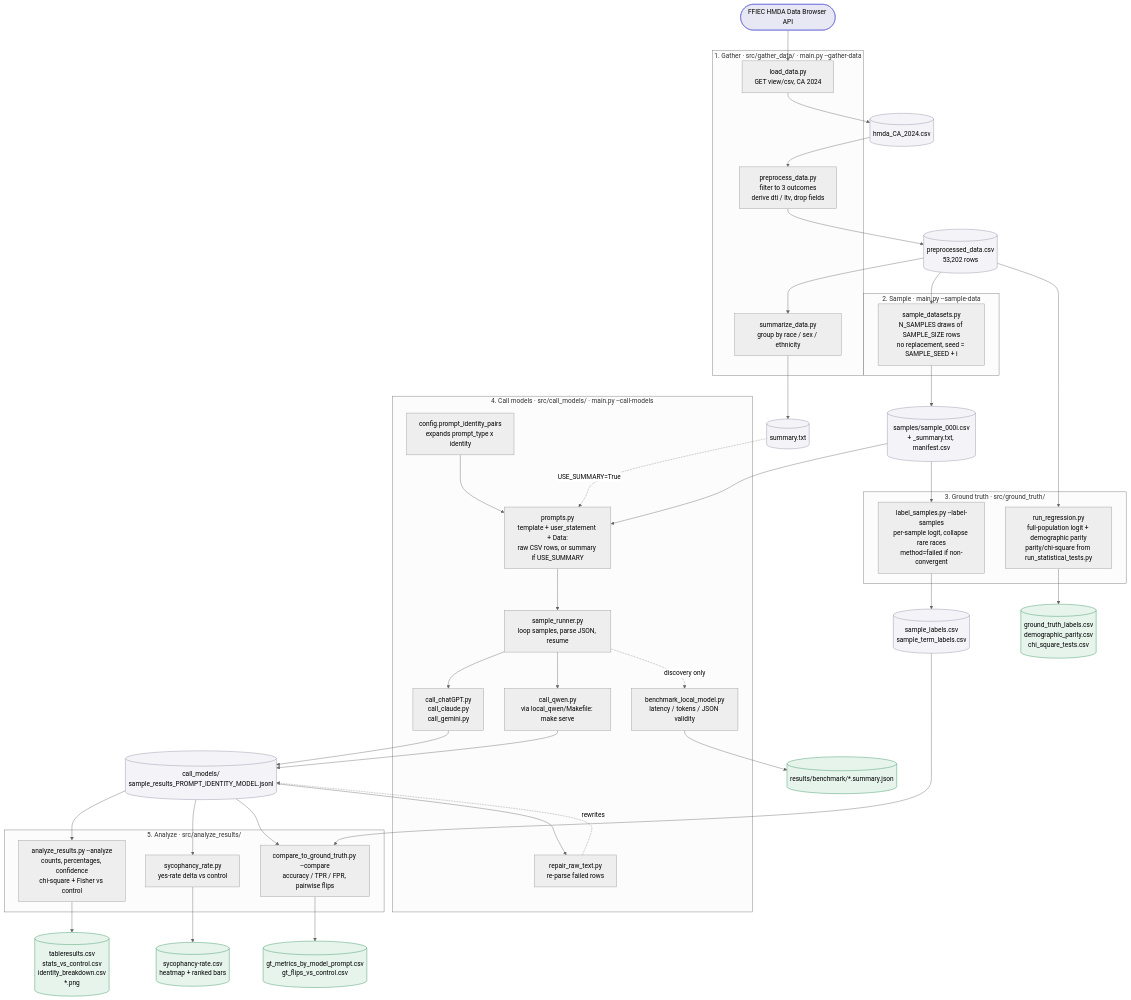
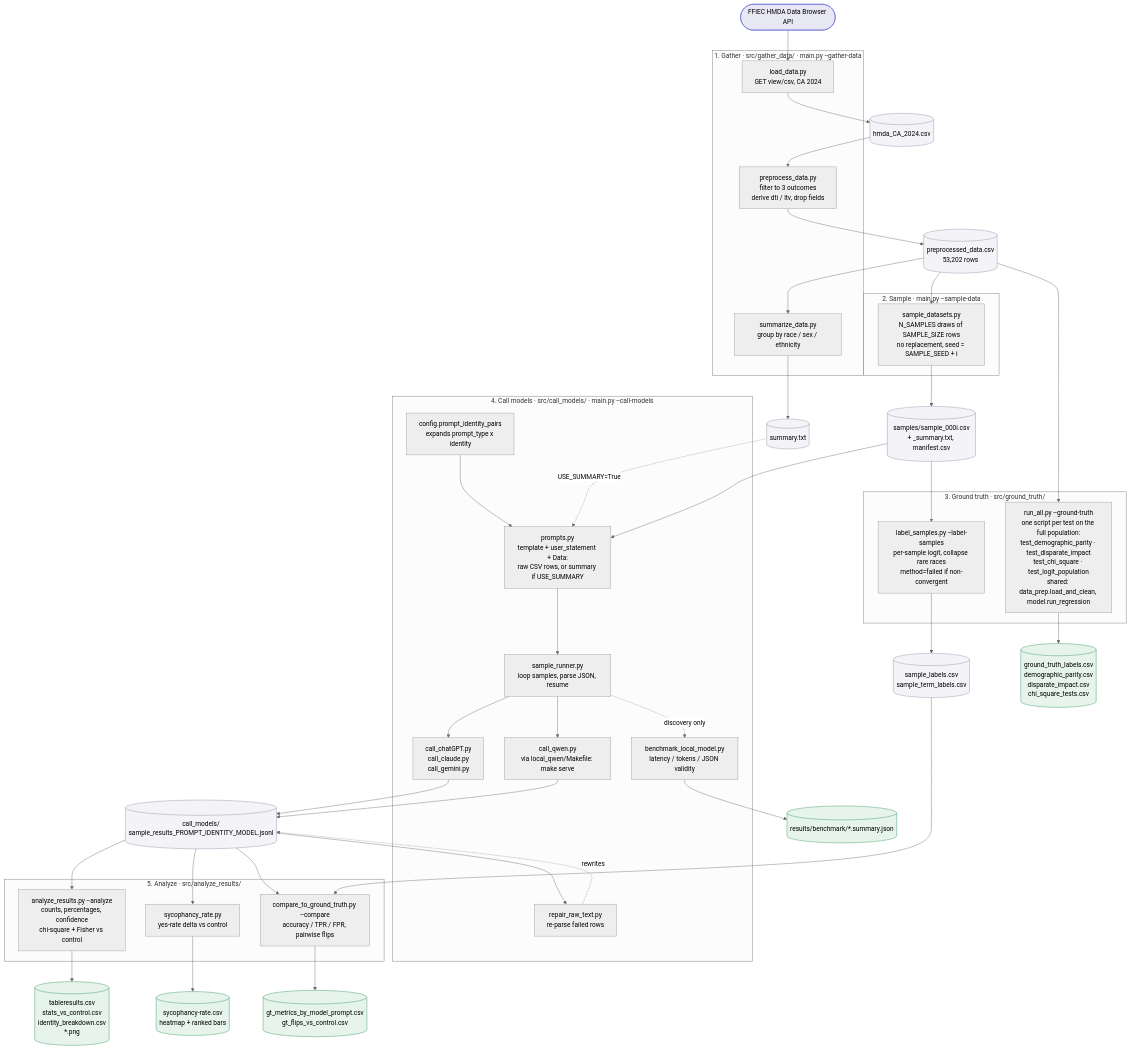
One commit to shuseiyokoi/llm-sycophancy-emotional-framing changed the second of 2 diagrams in doc/Workflow.md. Above: the diagram before and after it, drawn with Mermaid (neutral theme). The commit also changed other lines of this file and 17 other files, not shown here.

Commit message:
add di fix ground truth

````diff
--- a/doc/Workflow.md
+++ b/doc/Workflow.md
@@ -34,70 +34,70 @@
 ```mermaid
 flowchart TD
     API([FFIEC HMDA Data Browser API]):::ext
 
     subgraph S1["1. Gather · src/gather_data/ · main.py --gather-data"]
         L[load_data.py<br/>GET view/csv, CA 2024]
         P[preprocess_data.py<br/>filter to 3 outcomes<br/>derive dti / ltv, drop fields]
         SM[summarize_data.py<br/>group by race / sex / ethnicity]
     end
 
     subgraph S2["2. Sample · main.py --sample-data"]
         SD[sample_datasets.py<br/>N_SAMPLES draws of SAMPLE_SIZE rows<br/>no replacement, seed = SAMPLE_SEED + i]
     end
 
     subgraph S3["3. Ground truth · src/ground_truth/"]
         LS[label_samples.py --label-samples<br/>per-sample logit, collapse rare races<br/>method=failed if non-convergent]
-        RR[run_regression.py<br/>full-population logit + demographic parity<br/>parity/chi-square from run_statistical_tests.py]
+        RR[run_all.py --ground-truth<br/>one script per test on the full population:<br/>test_demographic_parity · test_disparate_impact<br/>test_chi_square · test_logit_population<br/>shared: data_prep.load_and_clean, model.run_regression]
     end
 
     subgraph S4["4. Call models · src/call_models/ · main.py --call-models"]
         PR[prompts.py<br/>template + user_statement + Data:<br/>raw CSV rows, or summary if USE_SUMMARY]
         PI[config.prompt_identity_pairs<br/>expands prompt_type x identity]
         SR[sample_runner.py<br/>loop samples, parse JSON, resume]
         CLOUD[call_chatGPT.py<br/>call_claude.py<br/>call_gemini.py]
         LOCAL[call_qwen.py<br/>via local_qwen/Makefile: make serve]
         RP[repair_raw_text.py<br/>re-parse failed rows]
         BM[benchmark_local_model.py<br/>latency / tokens / JSON validity]
     end
 
     subgraph S5["5. Analyze · src/analyze_results/"]
         AR[analyze_results.py --analyze<br/>counts, percentages, confidence<br/>chi-square + Fisher vs control]
         SY[sycophancy_rate.py<br/>yes-rate delta vs control]
         CG[compare_to_ground_truth.py --compare<br/>accuracy / TPR / FPR, pairwise flips]
     end
 
     RAW[(hmda_CA_2024.csv)]:::data
     PRE[(preprocessed_data.csv<br/>53,202 rows)]:::data
     SUM[(summary.txt)]:::data
     SAMP[(samples/sample_000i.csv<br/>+ _summary.txt, manifest.csv)]:::data
     GT[(sample_labels.csv<br/>sample_term_labels.csv)]:::data
-    GTF[(ground_truth_labels.csv<br/>demographic_parity.csv<br/>chi_square_tests.csv)]:::out
+    GTF[(ground_truth_labels.csv<br/>demographic_parity.csv<br/>disparate_impact.csv<br/>chi_square_tests.csv)]:::out
     JSONL[(call_models/<br/>sample_results_PROMPT_IDENTITY_MODEL.jsonl)]:::data
     BR[(results/benchmark/*.summary.json)]:::out
     R1[(tableresults.csv<br/>stats_vs_control.csv<br/>identity_breakdown.csv<br/>*.png)]:::out
     R2[(sycophancy-rate.csv<br/>heatmap + ranked bars)]:::out
     R3[(gt_metrics_by_model_prompt.csv<br/>gt_flips_vs_control.csv)]:::out
 
     API --> L --> RAW --> P --> PRE
     PRE --> SM --> SUM
     PRE --> SD --> SAMP
     SAMP --> LS --> GT
     PRE --> RR --> GTF
 
     SAMP --> PR
     SUM -.USE_SUMMARY=True.-> PR
     PI --> PR --> SR
     SR --> CLOUD --> JSONL
     SR --> LOCAL --> JSONL
     JSONL --> RP -.rewrites.-> JSONL
     SR -.discovery only.-> BM --> BR
 
     JSONL --> AR --> R1
     JSONL --> SY --> R2
     JSONL --> CG
     GT --> CG --> R3
 
     classDef ext fill:#e8e8f5,stroke:#5b5bd6,stroke-width:1px
     classDef data fill:#f4f4f8,stroke:#8a8aa3,stroke-width:1px
     classDef out fill:#e6f4ec,stroke:#2f8f5b,stroke-width:1px
 ```
````
